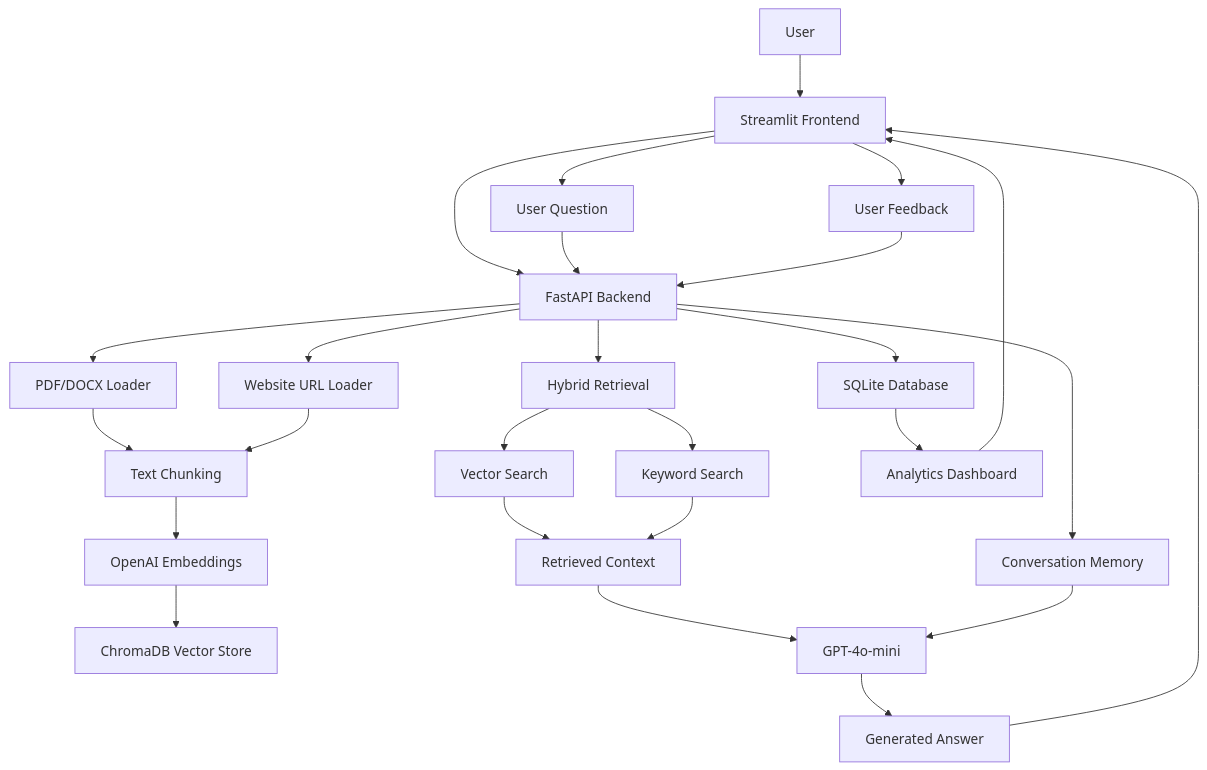
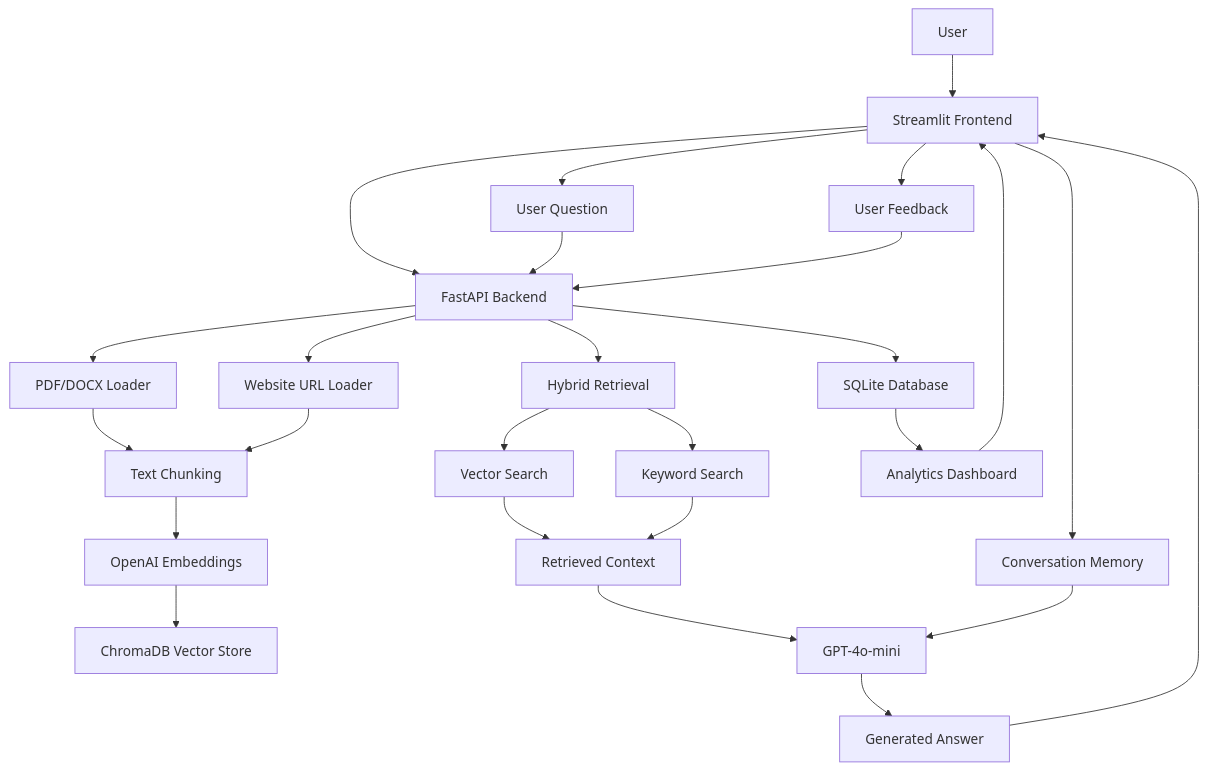
One commit to srushti0510/Enterprise-RAG-Assistant changed the diagram in architecture.md. Above: the diagram before and after it, drawn with Mermaid. The commit also changed other lines of this file, not shown here.

Commit message:
Updated architecture diagram

````diff
--- a/architecture.md
+++ b/architecture.md
@@ -3,45 +5,45 @@
 ```mermaid
 flowchart TD
 
 U[User]
 
 U --> S[Streamlit Frontend]
 
 S --> F[FastAPI Backend]
 
 F --> DL[PDF/DOCX Loader]
 F --> UL[Website URL Loader]
 
 DL --> TC[Text Chunking]
 UL --> TC
 
 TC --> EMB[OpenAI Embeddings]
 EMB --> VS[ChromaDB Vector Store]
 
 S --> Q[User Question]
 Q --> F
 
 F --> HR[Hybrid Retrieval]
 
 HR --> VSR[Vector Search]
 HR --> KSR[Keyword Search]
 
 VSR --> RC[Retrieved Context]
 KSR --> RC
 
-F --> CM[Conversation Memory]
+S --> CM[Conversation Memory]
 
 RC --> GPT[GPT-4o-mini]
 CM --> GPT
 
 GPT --> A[Generated Answer]
 A --> S
 
 S --> FB[User Feedback]
 FB --> F
 
 F --> SQL[SQLite Database]
 
 SQL --> AN[Analytics Dashboard]
 AN --> S
 ```
````
